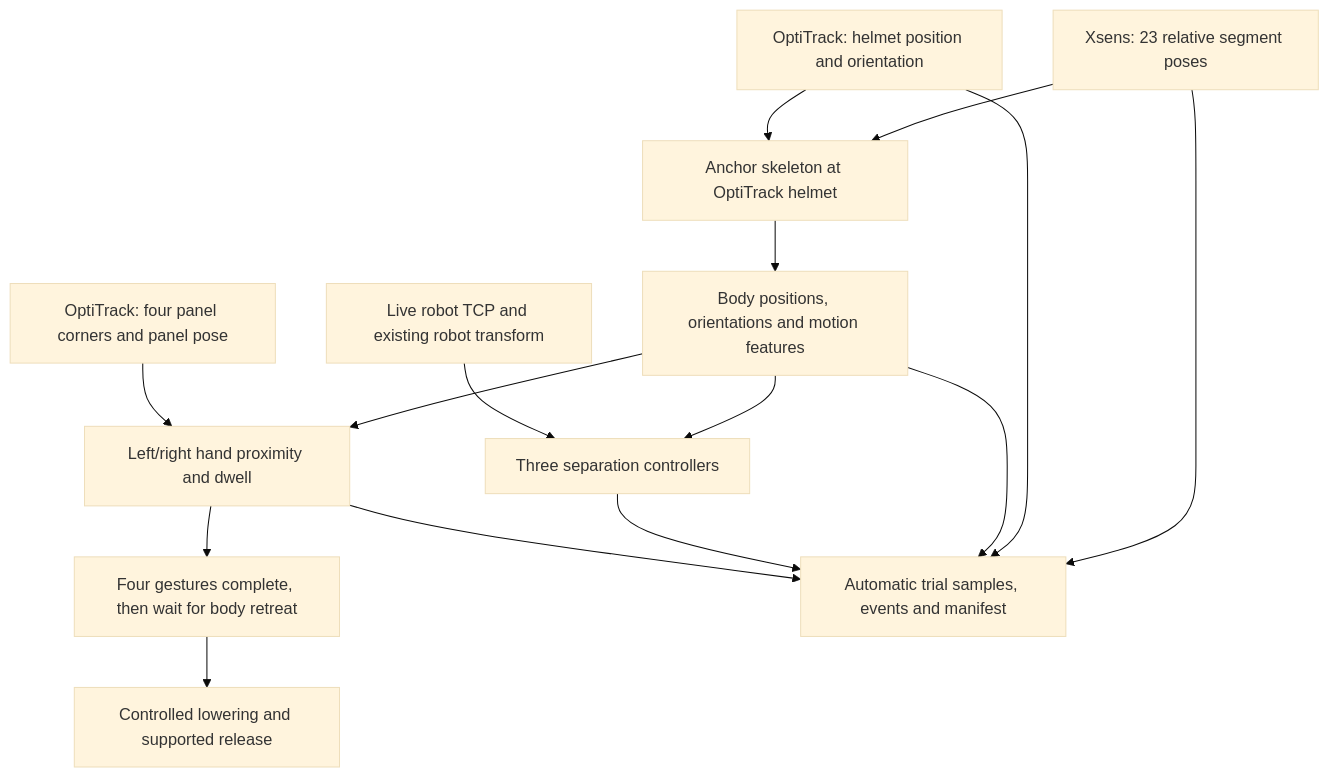
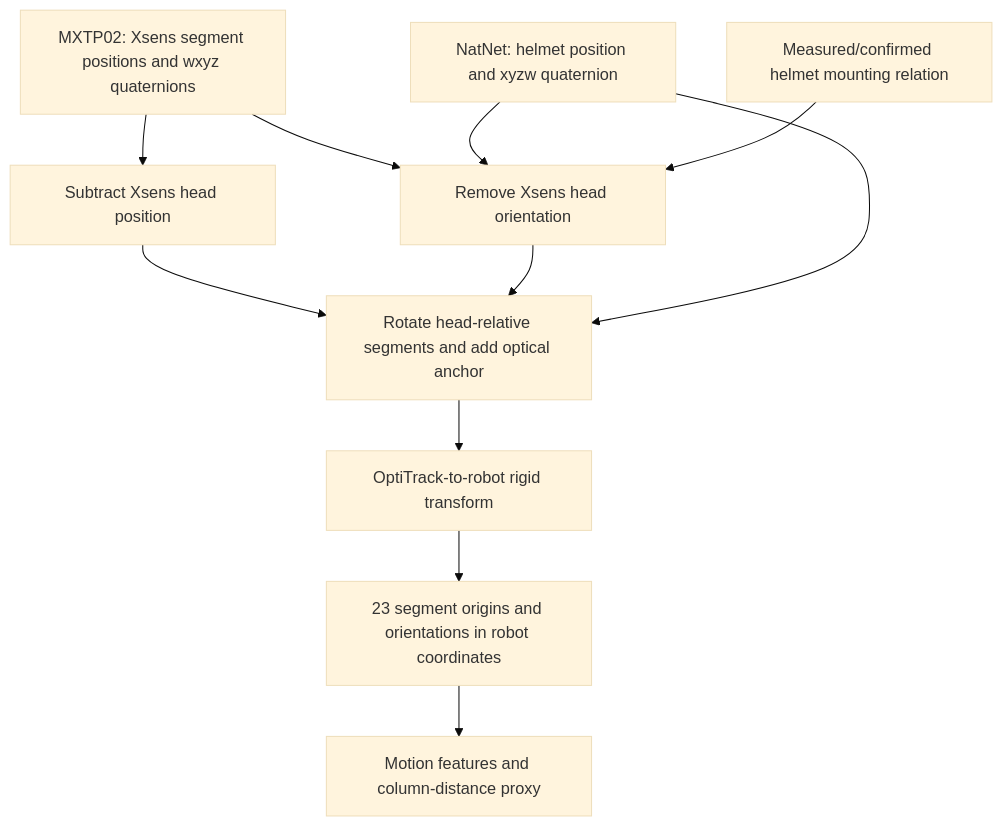
The diagram in docs/helmet-xsens-integration.md (Kingwu12/adaptive-hrc-safety-system), drawn with Mermaid (base theme) before and after one commit. The commit also changed other lines of this file and 21 other files, not shown here.

````diff
--- a/docs/helmet-xsens-integration.md
+++ b/docs/helmet-xsens-integration.md
@@ -5,17 +13,13 @@
 ```mermaid
 flowchart TD
-  X[Xsens: 23 relative segment poses] --> F[Anchor skeleton at OptiTrack helmet]
-  H[OptiTrack: helmet position and orientation] --> F
-  F --> B[Body positions, orientations and motion features]
-  B --> C[Three separation controllers]
-  T[Live robot TCP and existing robot transform] --> C
-  B --> D[Left/right hand proximity and dwell]
-  P[OptiTrack: four panel corners and panel pose] --> D
-  D --> A[Four gestures complete, then wait for body retreat]
-  A --> L[Controlled lowering and supported release]
-  X --> S[Automatic trial samples, events and manifest]
-  H --> S
-  B --> S
-  C --> S
-  D --> S
+    X["MXTP02: Xsens segment positions and wxyz quaternions"] --> H["Subtract Xsens head position"]
+    X --> R["Remove Xsens head orientation"]
+    O["NatNet: helmet position and xyzw quaternion"] --> R
+    M["Measured/confirmed helmet mounting relation"] --> R
+    H --> W["Rotate head-relative segments and add optical anchor"]
+    R --> W
+    O --> W
+    W --> E["OptiTrack-to-robot rigid transform"]
+    E --> B["23 segment origins and orientations in robot coordinates"]
+    B --> V["Motion features and column-distance proxy"]
 ```
````
